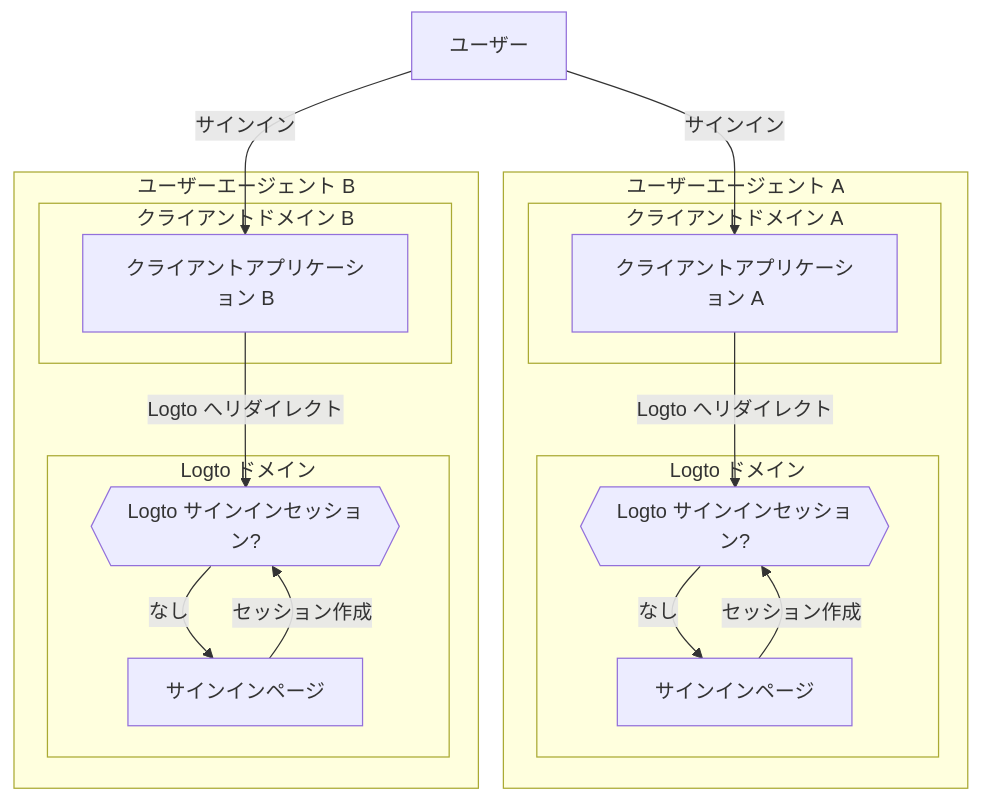
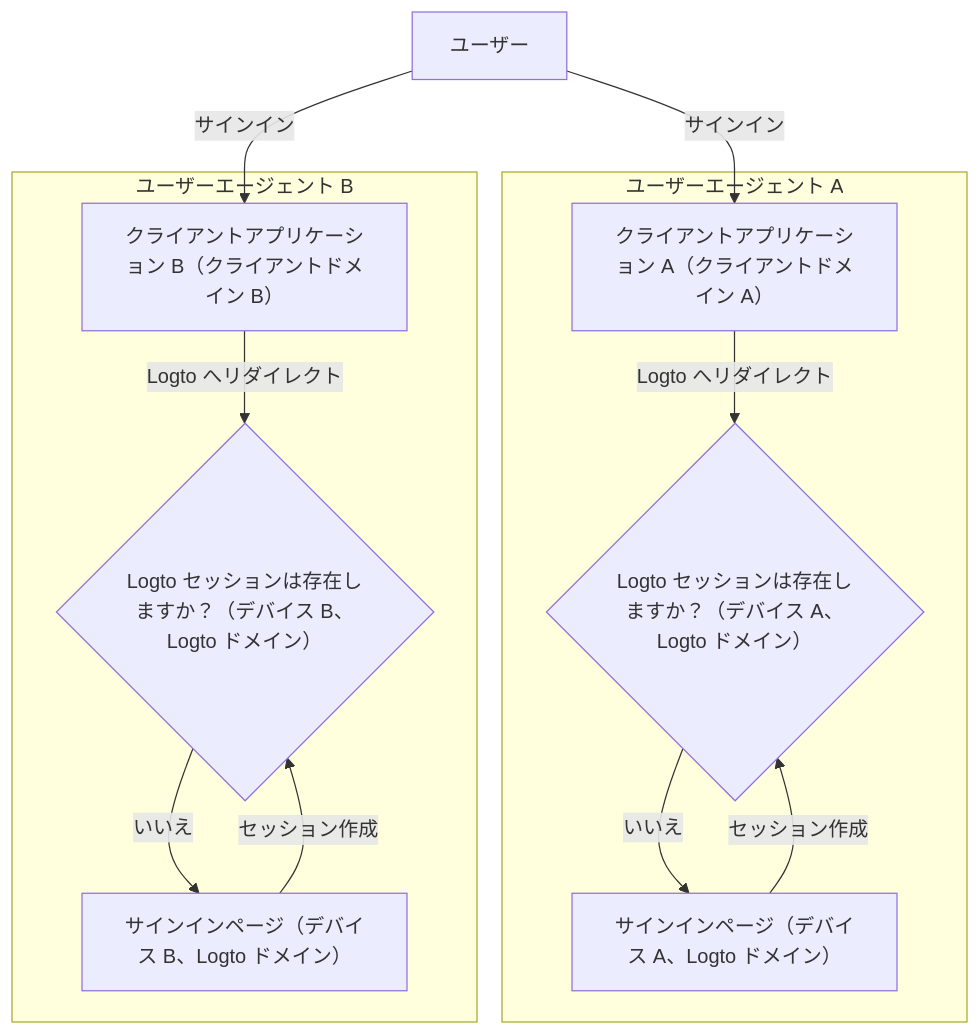
The fourth of 5 diagrams in i18n/ja/docusaurus-plugin-content-docs/current/end-user-flows/sign-out.mdx (logto-io/docs), drawn with Mermaid before and after one commit. The commit also changed other lines of this file and 74 other files, not shown here.

````diff
--- a/i18n/ja/docusaurus-plugin-content-docs/current/end-user-flows/sign-out.mdx
+++ b/i18n/ja/docusaurus-plugin-content-docs/current/end-user-flows/sign-out.mdx
@@ -89,35 +121,32 @@
-   ```mermaid
-    flowchart TD
-    U[ユーザー]
+```mermaid
+flowchart TD
+  U[ユーザー]
+  A["クライアントアプリケーション A（クライアントドメイン A）"]
+  C{"Logto セッションは存在しますか？（デバイス A、Logto ドメイン）"}
+  D["サインインページ（デバイス A、Logto ドメイン）"]
 
-    subgraph DeviceA [ユーザーエージェント A]
-      subgraph Layer1 [クライアントドメイン A]
-        A[クライアントアプリケーション A]
-      end
+  subgraph DeviceA["ユーザーエージェント A"]
+    A
+    C
+    D
+  end
 
-      subgraph Layer2 [Logto ドメイン]
-          C{{Logto サインインセッション?}}
-          D[サインインページ]
-      end
-    end
+  B["クライアントアプリケーション B（クライアントドメイン B）"]
+  E{"Logto セッションは存在しますか？（デバイス B、Logto ドメイン）"}
+  F["サインインページ（デバイス B、Logto ドメイン）"]
 
-    subgraph DeviceB [ユーザーエージェント B]
-      subgraph Layer3 [クライアントドメイン B]
-        B[クライアントアプリケーション B]
-      end
+  subgraph DeviceB["ユーザーエージェント B"]
+    B
+    E
+    F
+  end
 
-      subgraph Layer4 [Logto ドメイン]
-          E{{Logto サインインセッション?}}
-          F[サインインページ]
-      end
-    end
-
-    U --> |サインイン| A
-    A --> |Logto へリダイレクト| C
-    U --> |サインイン| B
-    B --> |Logto へリダイレクト| E
-    C --> |なし| D
-    E --> |なし| F
-    D --> |セッション作成| C
-    F --> |セッション作成| E
-   ```
+  U -->|サインイン| A
+  A -->|Logto へリダイレクト| C
+  U -->|サインイン| B
+  B -->|Logto へリダイレクト| E
+  C -->|いいえ| D
+  E -->|いいえ| F
+  D -->|セッション作成| C
+  F -->|セッション作成| E
+```
````
